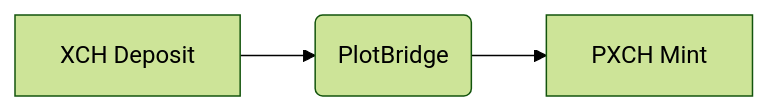
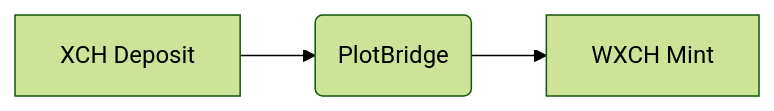
The second of 4 diagrams in content/tokens.md (plot-network/plotbridge-website), drawn with Mermaid (forest theme) before and after one commit. The commit also changed other lines of this file and 25 other files, not shown here.

```diff
--- a/content/tokens.md
+++ b/content/tokens.md
@@ -39,4 +39,4 @@
 {{< mermaid >}}
 graph LR;
-XD[XCH Deposit] --> PB(PlotBridge) --> PM[PXCH Mint]
+XD[XCH Deposit] --> PB(PlotBridge) --> PM[WXCH Mint]
 {{</mermaid>}}
```
